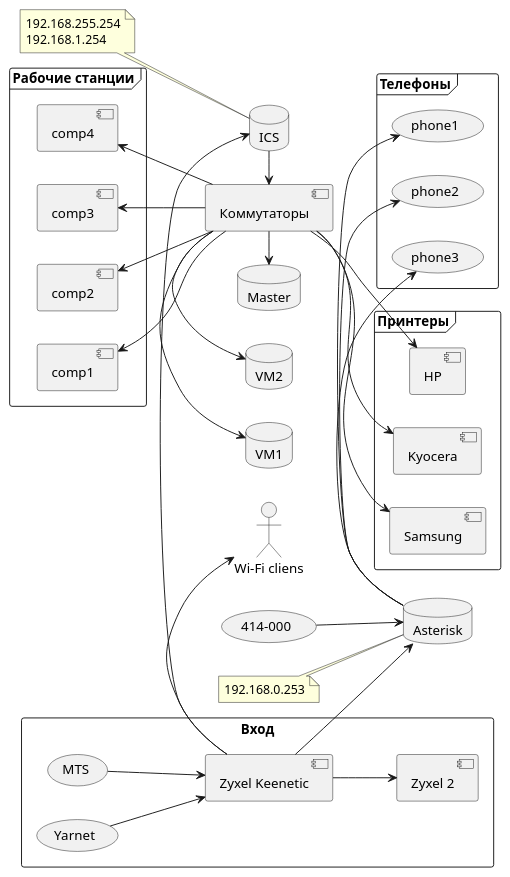
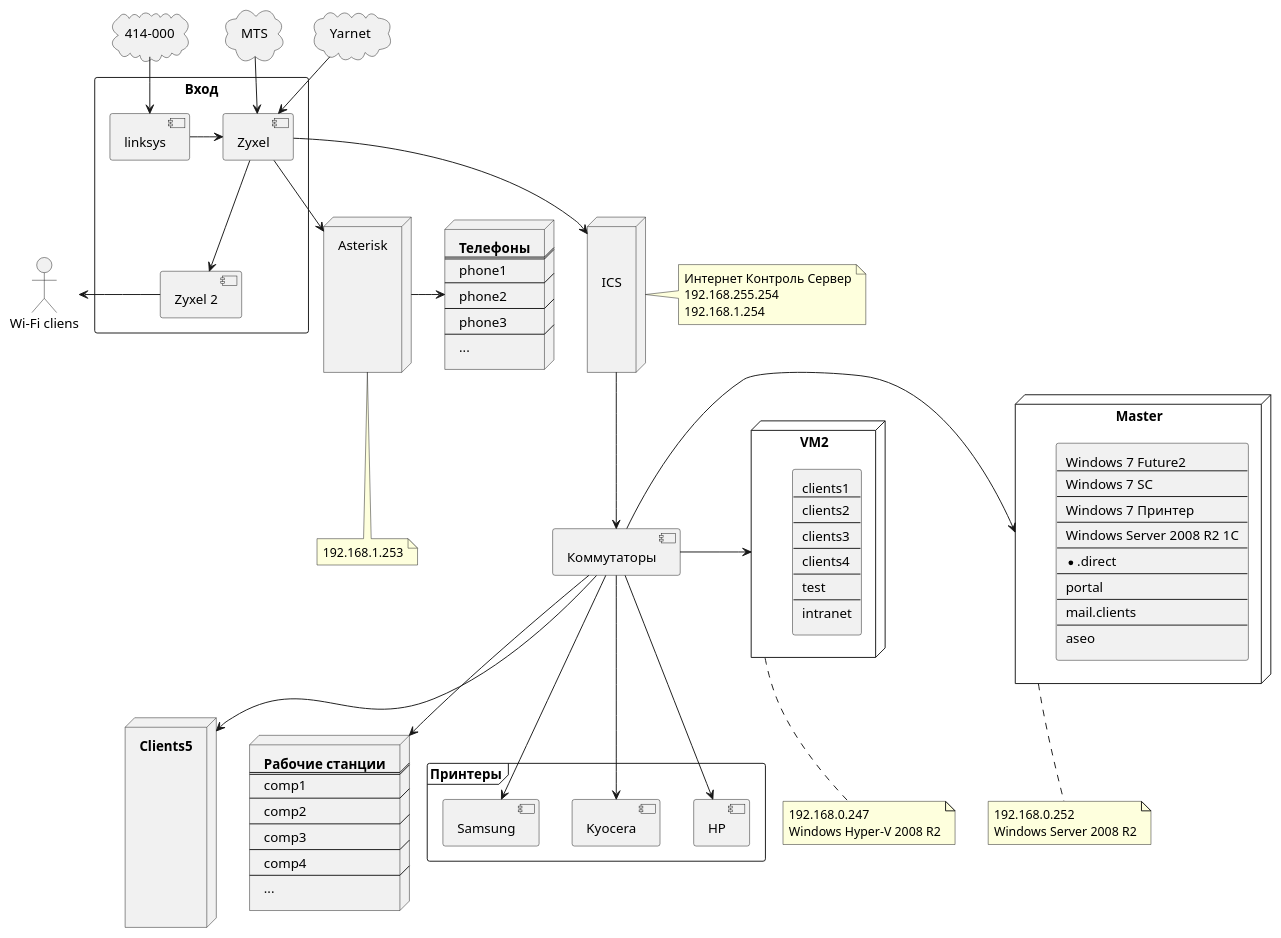
Before and after one commit to aak74/uml: the diagram in Network.puml, drawn with PlantUML. The commit also changed 1 other file, not shown here.

```diff
--- a/Network.puml
+++ b/Network.puml
@@ -1,70 +1,138 @@
 @startuml
-left to right direction
 
 actor "Wi-Fi cliens" as wifi
+cloud "414-000" as number
+cloud MTS
+cloud Yarnet
 
 rectangle "Вход" {
   component "Zyxel Keenetic" as Zyxel
-  (MTS) -down-> [Zyxel]
-  (Yarnet) -down-> [Zyxel]
-  [Zyxel] -down-> [Zyxel 2]
+  [Zyxel]
+  [Zyxel 2]
+  [linksys]
 }
-[Zyxel] -> wifi
 
-database "ICS" as ICS {
+node "Asterisk\n\n\n\n\n\n" as Asterisk {
 
 }
-note left of ICS
+
+node phones [
+  **Телефоны**
+  ====
+  phone1
+  ----
+  phone2
+  ----
+  phone3
+  ----
+  ...
+]
+
+node "\n\nICS\n\n\n\n" as ICS {
+  
+}
+
+node VM2 { 
+  rectangle r2 [
+    clients1
+    ----
+    clients2
+    ----
+    clients3
+    ----
+    clients4
+    ----
+    test
+    ----
+    intranet
+  ]
+}
+
+node "**Clients5**\n\n\n\n\n\n\n\n\n" as Clients5 {
+  
+}
+
+node Master {
+rectangle r1 [
+  Windows 7 Future2
+  ----
+  Windows 7 SC
+  ----
+  Windows 7 Принтер
+  ----
+  Windows Server 2008 R2 1С
+  ----
+  *.direct
+  ----
+  portal
+  ----
+  mail.clients
+  ----
+  aseo
+]
+}
+
+node comps [
+  **Рабочие станции**
+  ===
+  comp1
+  ----
+  comp2
+  ----
+  comp3
+  ----
+  comp4
+  ----
+  ...
+]
+
+frame "Принтеры" {
+  [HP]
+  [Kyocera]
+  [Samsung]
+}
+
+(MTS) -d-> [Zyxel]
+(Yarnet) -d-> [Zyxel]
+[Zyxel] --> [Zyxel 2]
+[Zyxel] --> Asterisk
+
+[Zyxel 2] -l-> wifi
+
+[Zyxel] --> ICS
+ICS -d-> [Коммутаторы]
+
+number --> [linksys]
+[linksys] -> [Zyxel]
+Asterisk -r-> phones
+
+[Коммутаторы] -> VM2
+[Коммутаторы] -> Master
+[Коммутаторы] -d-> Clients5
+[Коммутаторы] --> [HP]
+[Коммутаторы] --> [Kyocera]
+[Коммутаторы] --> [Samsung]
+[Коммутаторы] --> comps
+
+
+note bottom of VM2
+  192.168.0.247
+  Windows Hyper-V 2008 R2
+end note
+
+note bottom of Master
+  192.168.0.252
+  Windows Server 2008 R2
+end note
+
+note right of ICS
+  Интернет Контроль Сервер
   192.168.255.254
   192.168.1.254
 end note
-[Zyxel] -> ICS
 
-database Asterisk {
-
-}
-
-[Zyxel] --> Asterisk
-(414-000) --> Asterisk
-
-note left of Asterisk
-192.168.0.253
+note bottom of Asterisk
+192.168.1.253
 end note
 
-frame "Телефоны" {
-  Asterisk -> (phone1)
-  Asterisk -> (phone2)
-  Asterisk -> (phone3)
-}
-
-
-ICS -> [Коммутаторы]
-database VM1 {
-
-}
-
-database VM2 {
-
-}
-
-database Master {
-
-}
-
-[Коммутаторы] -right-> VM1
-[Коммутаторы] -right-> VM2
-[Коммутаторы] -right-> Master
-
-frame "Рабочие станции" {
-  [Коммутаторы] -up-> [comp1]
-  [Коммутаторы] -up-> [comp2]
-  [Коммутаторы] -up-> [comp3]
-  [Коммутаторы] -up-> [comp4]
-}
-
-frame "Принтеры" {
-  [Коммутаторы] --> [HP]
-  [Коммутаторы] --> [Kyocera]
-  [Коммутаторы] --> [Samsung]
-}
 @enduml
```
